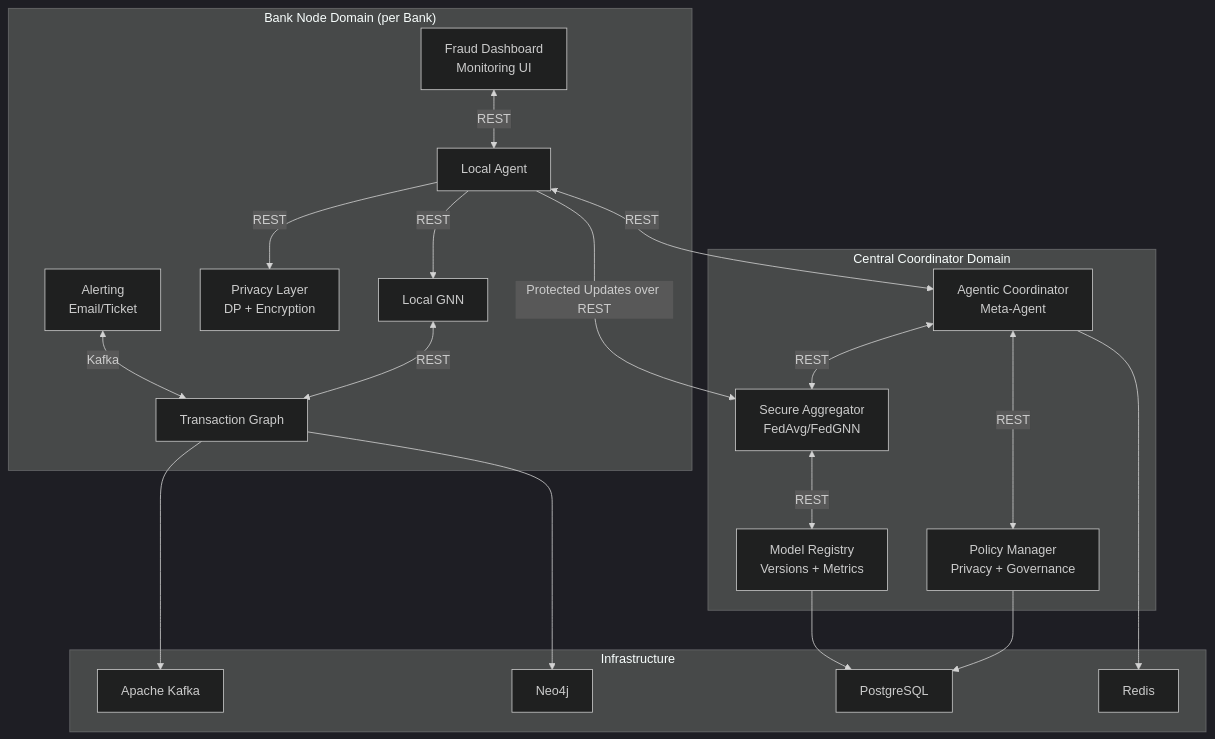
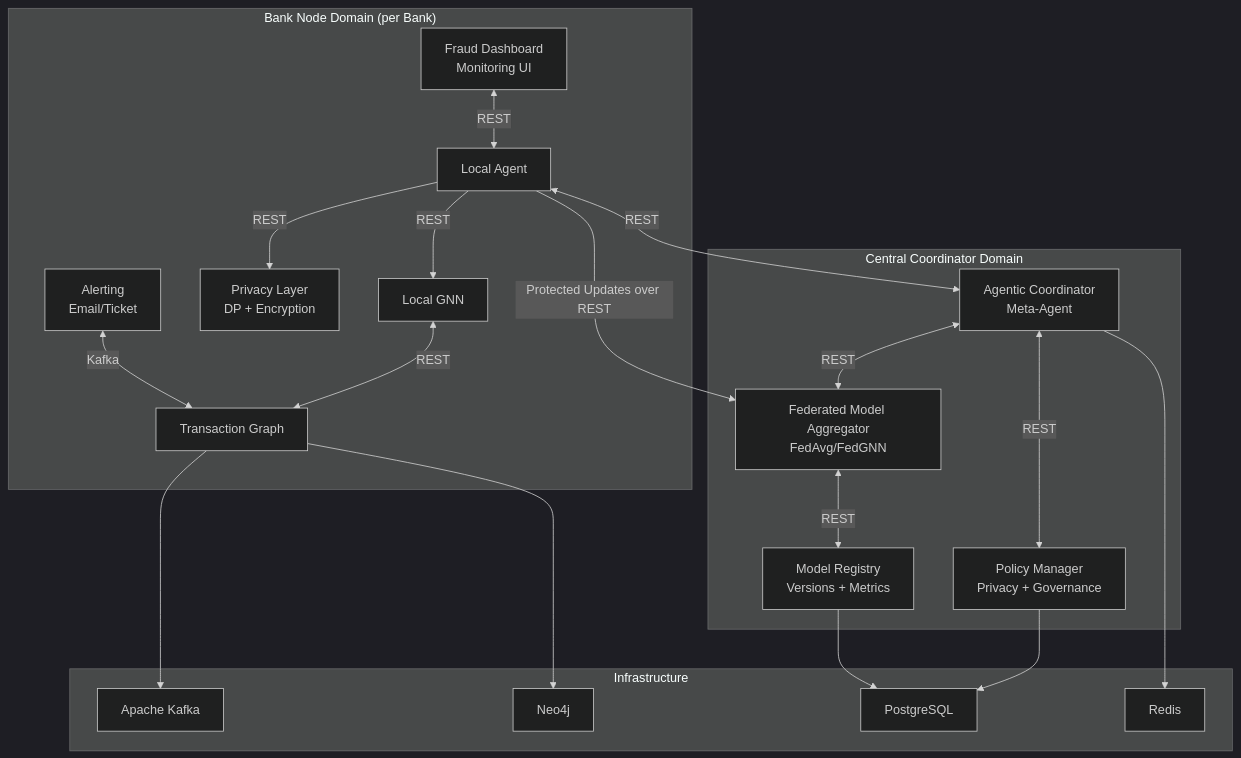
One commit to dayawansha/agentic-federated-cbdc-fraud-detection changed the second of 3 diagrams in doc/status/devPlan.md. Above: the diagram before and after it, drawn with Mermaid (dark theme). The commit also changed other lines of this file and 30 other files, not shown here.

Commit message:
service name refactored to federated-model-aggregator

````diff
--- a/doc/status/devPlan.md
+++ b/doc/status/devPlan.md
@@ -50,46 +50,46 @@
 ```mermaid
 graph TB
     subgraph "Central Coordinator Domain"
         AC[Agentic Coordinator<br/>Meta-Agent]
-        SA[Secure Aggregator<br/>FedAvg/FedGNN]
+        SA[Federated Model Aggregator<br/>FedAvg/FedGNN]
         PM[Policy Manager<br/>Privacy + Governance]
         MR[Model Registry<br/>Versions + Metrics]
     end
     
     subgraph "Bank Node Domain (per Bank)"
         LA[Local Agent]
         LG[Local GNN]
         PL[Privacy Layer<br/>DP + Encryption]
         TG[Transaction Graph]
         FD[Fraud Dashboard<br/>Monitoring UI]
         AL[Alerting<br/>Email/Ticket]
     end
     
     subgraph "Infrastructure"
         KF[Apache Kafka]
         N4[Neo4j]
         PG[PostgreSQL]
         RD[Redis]
     end
     
     %% Inter-Node Communication (Bank <-> Central)
     LA <-->|REST| AC
     LA -->|Protected Updates over REST| SA
     
     %% Internal synchronous communication
     AC <-->|REST| SA
     AC <-->|REST| PM
     SA <-->|REST| MR
     
     LA -->|REST| LG
     LA -->|REST| PL
     LG <-->|REST| TG
     FD <-->|REST| LA
     AL <-->|Kafka| TG
     
     TG --> KF
     TG --> N4
     PM --> PG
     MR --> PG
     AC --> RD
 ```
````
